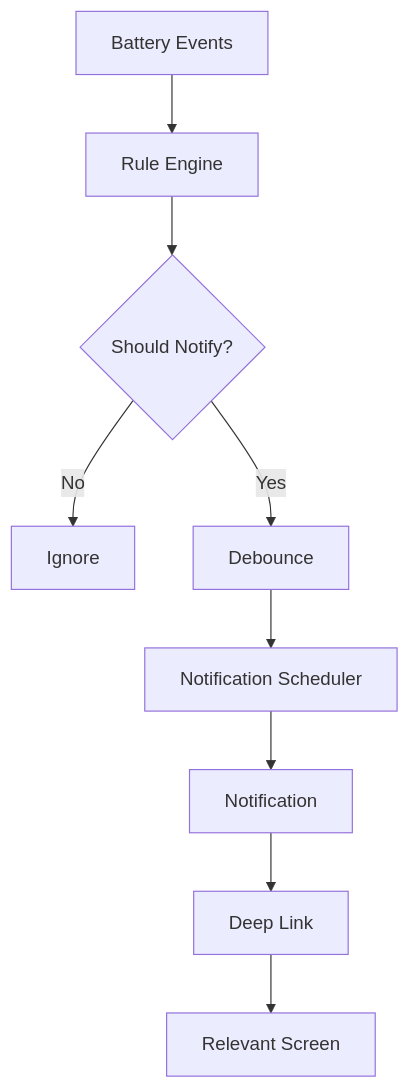
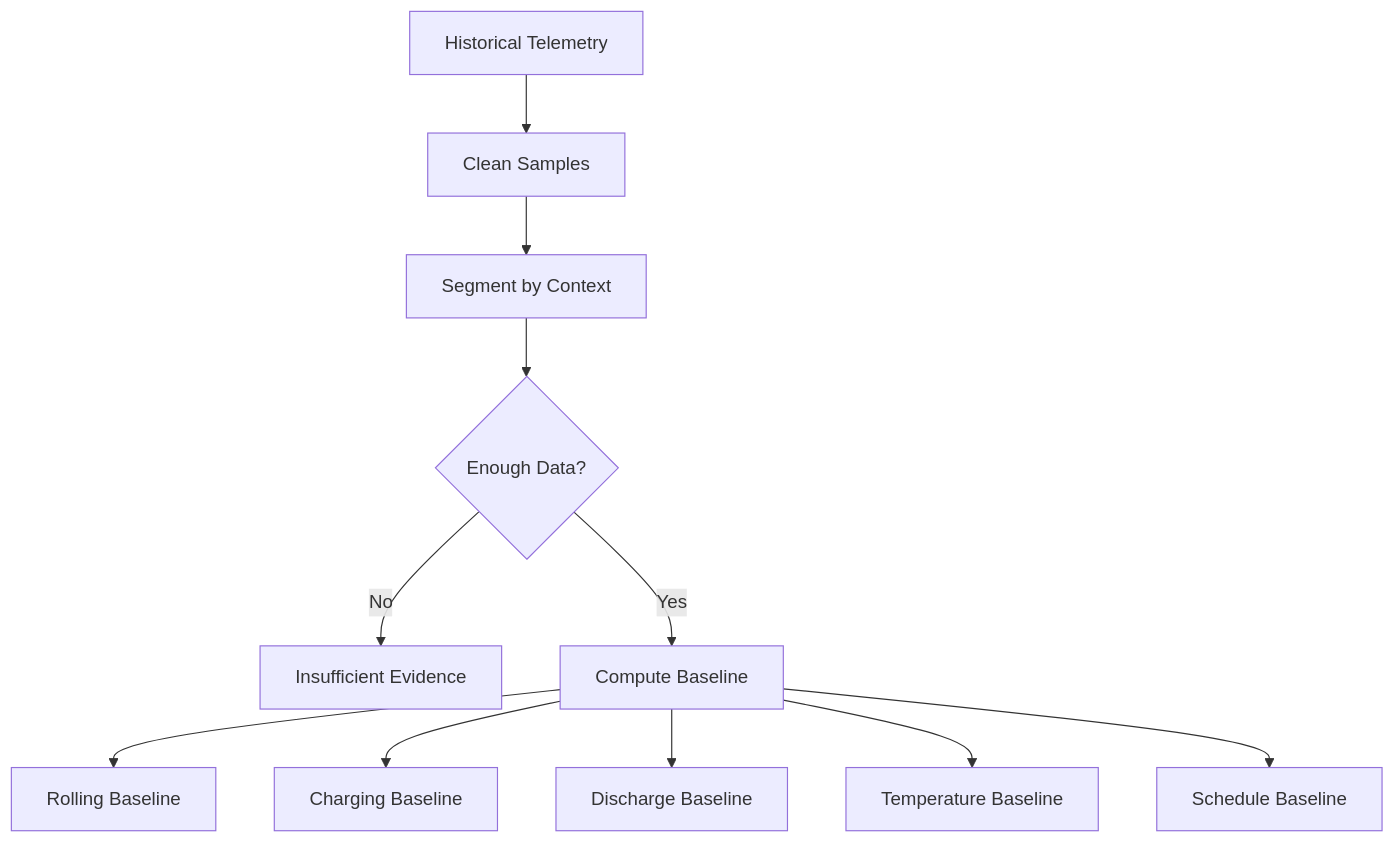
The fifth of 25 diagrams in README.md (lucylow/battery_tracker_mobile), drawn with Mermaid before and after one commit. The commit also changed other lines of this file, not shown here.

````diff
--- a/README.md
+++ b/README.md
@@ -672,11 +334,13 @@
 ```mermaid
 flowchart TD
-    A[Battery Events] --> B[Rule Engine]
-    B --> C{Should Notify?}
-    C -->|No| D[Ignore]
-    C -->|Yes| E[Debounce]
-    E --> F[Notification Scheduler]
-    F --> G[Notification]
-    G --> H[Deep Link]
-    H --> I[Relevant Screen]
+    A[Historical Telemetry] --> B[Clean Samples]
+    B --> C[Segment by Context]
+    C --> D{Enough Data?}
+    D -->|No| E[Insufficient Evidence]
+    D -->|Yes| F[Compute Baseline]
+    F --> G[Rolling Baseline]
+    F --> H[Charging Baseline]
+    F --> I[Discharge Baseline]
+    F --> J[Temperature Baseline]
+    F --> K[Schedule Baseline]
 ```
````
